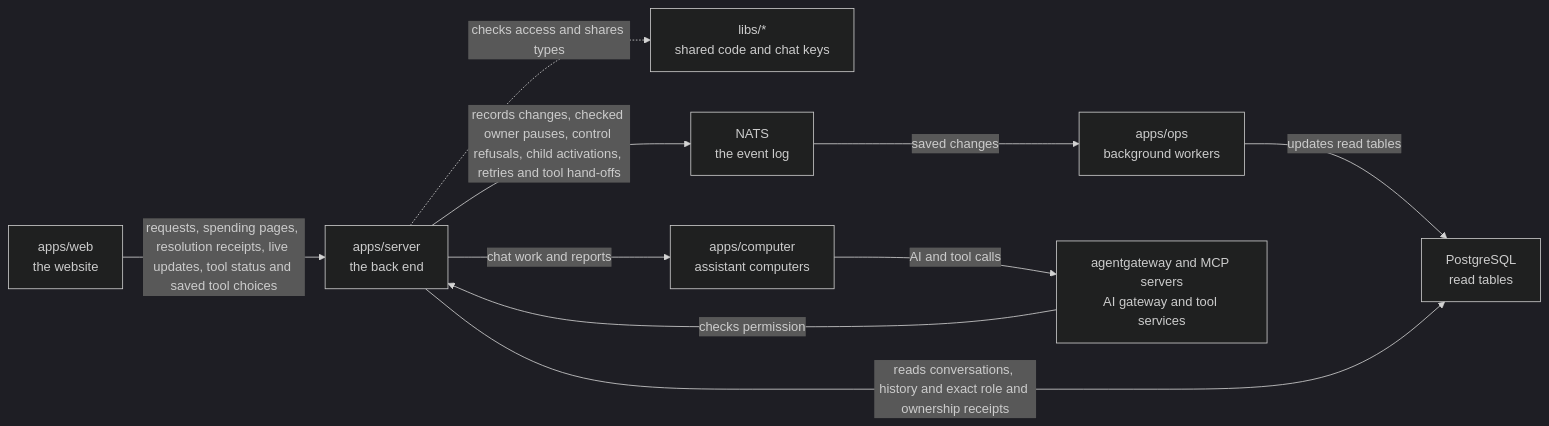
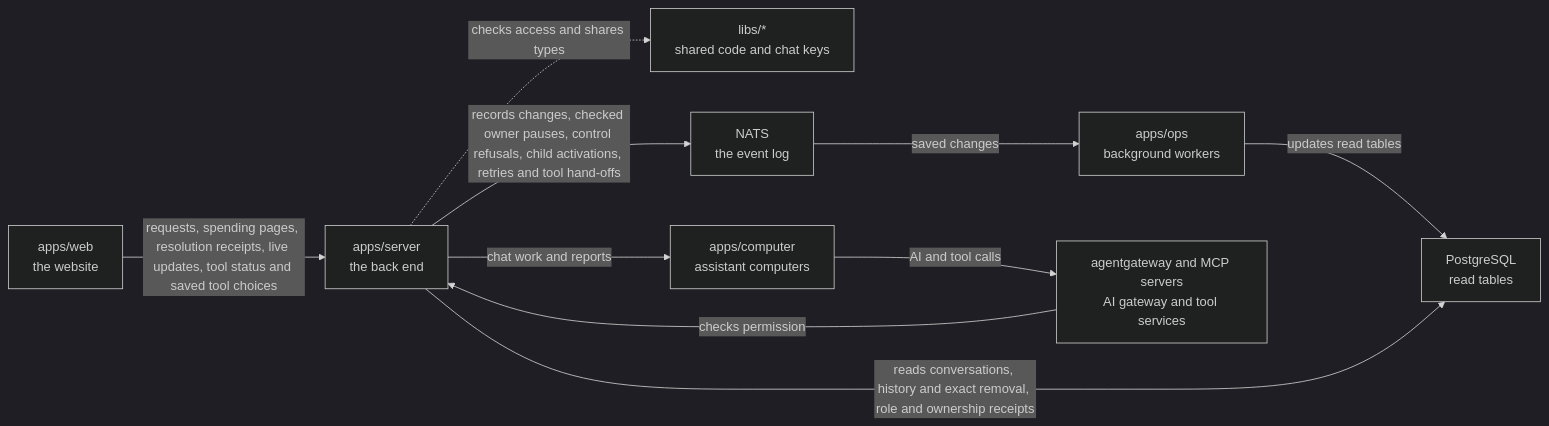
The diagram in apps/server/README.md (elewa-git/opencrane-new), drawn with Mermaid (dark theme) before and after one commit. The commit also changed other lines of this file and 11 other files, not shown here.

Commit message:
👥 Show member removal with exact permission progress

````diff
--- a/apps/server/README.md
+++ b/apps/server/README.md
@@ -35,12 +36,12 @@
 ```mermaid
 flowchart LR
   web["apps/web<br/>the website"] -->|requests, spending pages, resolution receipts, live updates, tool status and saved tool choices| server["apps/server<br/>the back end"]
   server -.->|checks access and shares types| libs["libs/*<br/>shared code and chat keys"]
   server -->|records changes, checked owner pauses, control refusals, child activations, retries and tool hand-offs| nats["NATS<br/>the event log"]
   nats -->|saved changes| ops["apps/ops<br/>background workers"]
   ops -->|updates read tables| postgres["PostgreSQL<br/>read tables"]
-  server -->|reads conversations, history and exact role and ownership receipts| postgres
+  server -->|reads conversations, history and exact removal, role and ownership receipts| postgres
   server -->|chat work and reports| computer["apps/computer<br/>assistant computers"]
   computer -->|AI and tool calls| runtime["agentgateway and MCP servers<br/>AI gateway and tool services"]
   runtime -->|checks permission| server
 ```
````
